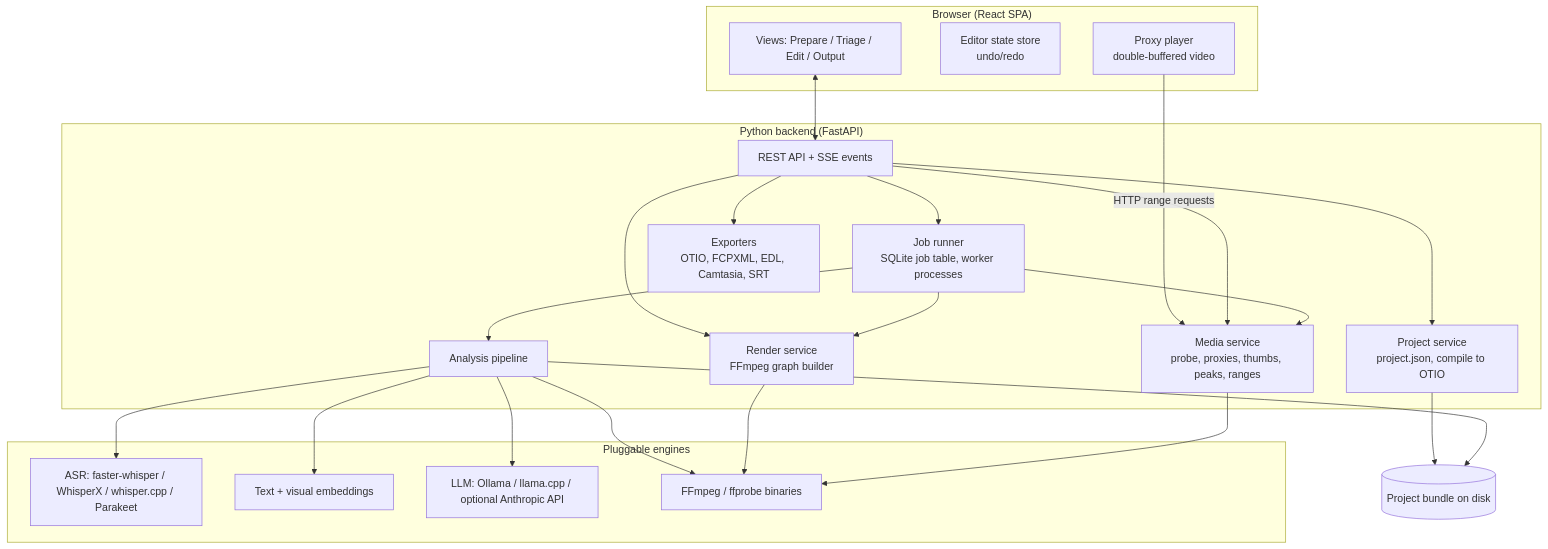
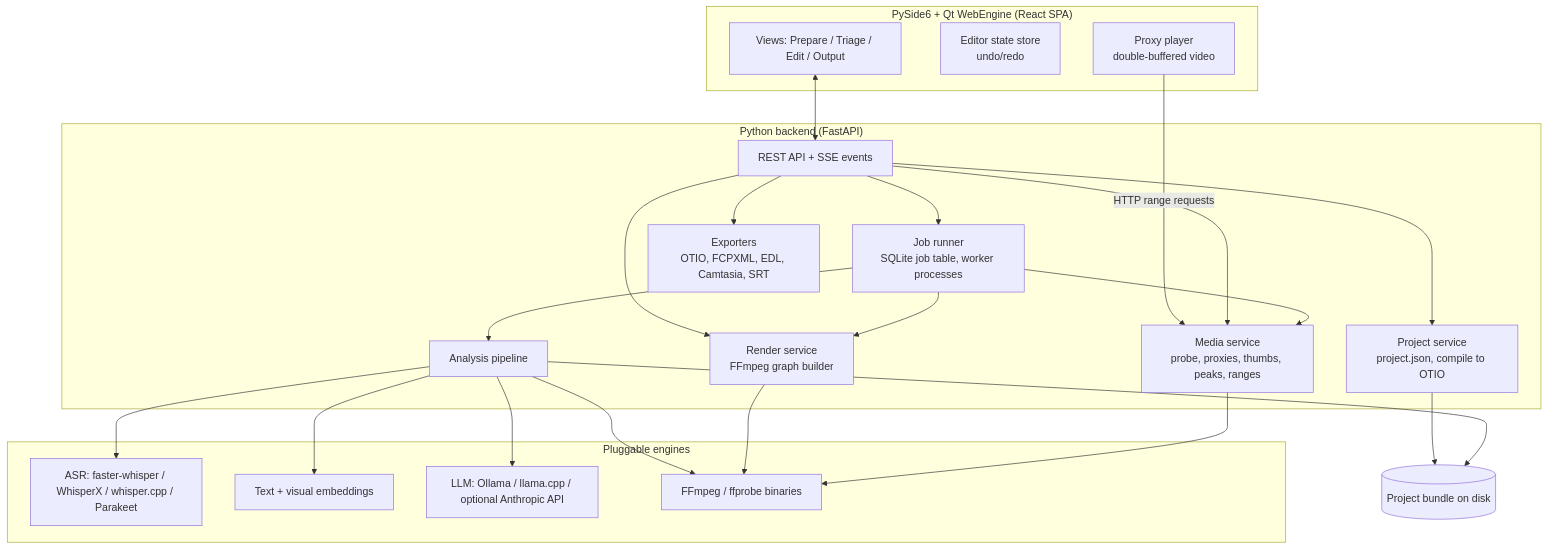
Before and after one commit to VincentGuigui/video-flow: the diagram in docs/spec/03-architecture.md, drawn with Mermaid. The commit also changed other lines of this file and 16 other files, not shown here.

Commit message:
Define desktop editor contracts and linked clip timeline

````diff
--- a/docs/spec/03-architecture.md
+++ b/docs/spec/03-architecture.md
@@ -7,35 +9,35 @@
 ```mermaid
 flowchart TB
-  subgraph Browser["Browser (React SPA)"]
+  subgraph Desktop["PySide6 + Qt WebEngine (React SPA)"]
     UI[Views: Prepare / Triage / Edit / Output]
     ST[Editor state store<br/>undo/redo]
     PL[Proxy player<br/>double-buffered video]
   end
 
   subgraph Backend["Python backend (FastAPI)"]
     API[REST API + SSE events]
     PRJ[Project service<br/>project.json, compile to OTIO]
     JOB[Job runner<br/>SQLite job table, worker processes]
     ANA[Analysis pipeline]
     RND[Render service<br/>FFmpeg graph builder]
     EXP[Exporters<br/>OTIO, FCPXML, EDL, Camtasia, SRT]
     MED[Media service<br/>probe, proxies, thumbs, peaks, ranges]
   end
 
   subgraph Engines["Pluggable engines"]
     ASR[ASR: faster-whisper / WhisperX / whisper.cpp / Parakeet]
     EMB[Text + visual embeddings]
     LLM[LLM: Ollama / llama.cpp / optional Anthropic API]
     FF[FFmpeg / ffprobe binaries]
   end
 
   UI <--> API
   PL -- HTTP range requests --> MED
   API --> PRJ & JOB & RND & EXP & MED
   JOB --> ANA & RND & MED
   ANA --> ASR & EMB & LLM & FF
   RND --> FF
   MED --> FF
   PRJ --> DISK[(Project bundle on disk)]
   ANA --> DISK
 ```
````
